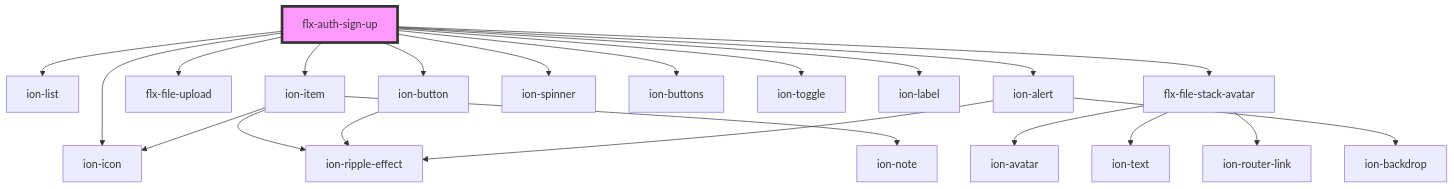
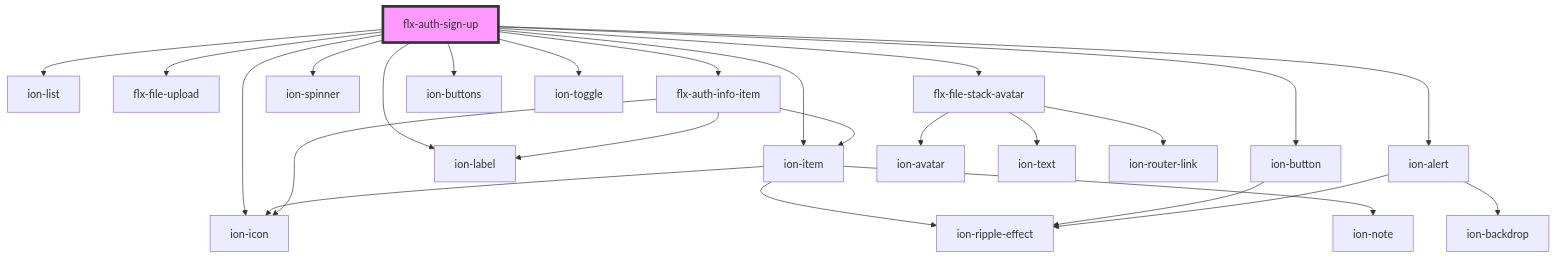
One commit to Scan0815/felix-core changed the diagram in src/components/auth/sign-up/readme.md. Above: the diagram before and after it, drawn with Mermaid. The commit also changed other lines of this file and 3 other files, not shown here.

````diff
--- a/src/components/auth/sign-up/readme.md
+++ b/src/components/auth/sign-up/readme.md
@@ -56,24 +57,28 @@
 ```mermaid
 graph TD;
   flx-auth-sign-up --> ion-list
   flx-auth-sign-up --> ion-item
   flx-auth-sign-up --> flx-file-upload
   flx-auth-sign-up --> flx-file-stack-avatar
   flx-auth-sign-up --> ion-button
   flx-auth-sign-up --> ion-spinner
   flx-auth-sign-up --> ion-icon
+  flx-auth-sign-up --> flx-auth-info-item
   flx-auth-sign-up --> ion-buttons
   flx-auth-sign-up --> ion-toggle
   flx-auth-sign-up --> ion-label
   flx-auth-sign-up --> ion-alert
   ion-item --> ion-icon
   ion-item --> ion-ripple-effect
   ion-item --> ion-note
   flx-file-stack-avatar --> ion-avatar
   flx-file-stack-avatar --> ion-text
   flx-file-stack-avatar --> ion-router-link
   ion-button --> ion-ripple-effect
+  flx-auth-info-item --> ion-item
+  flx-auth-info-item --> ion-icon
+  flx-auth-info-item --> ion-label
   ion-alert --> ion-ripple-effect
   ion-alert --> ion-backdrop
   style flx-auth-sign-up fill:#f9f,stroke:#333,stroke-width:4px
 ```
````
